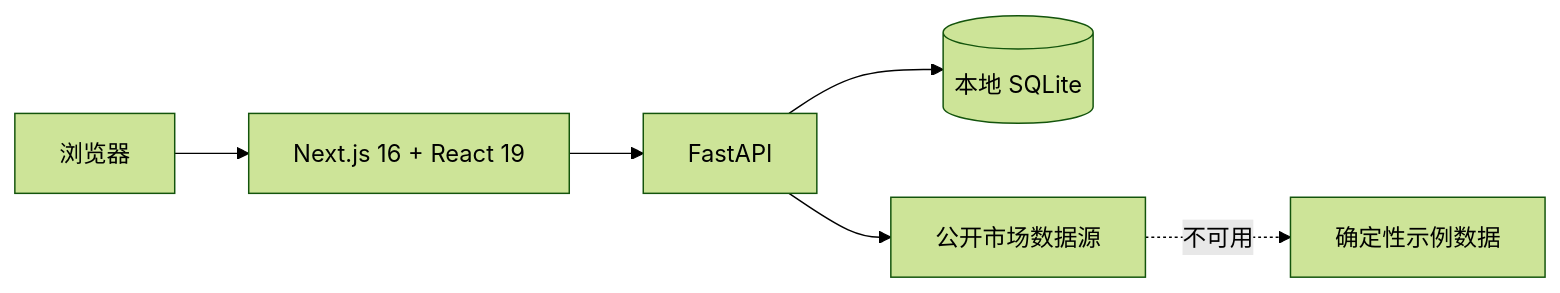
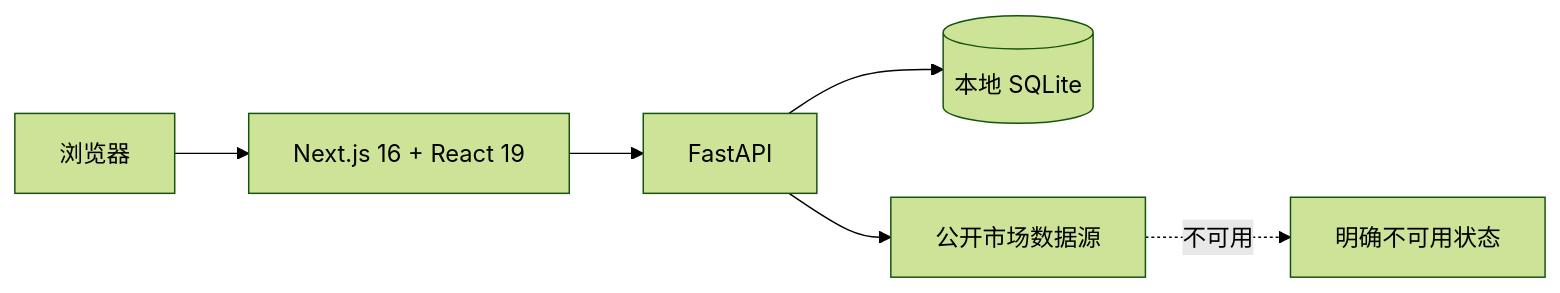
The second of 2 diagrams in README.md (maoqiu77/us-stock-dca-journal), drawn with Mermaid (forest theme) before and after one commit. The commit also changed other lines of this file and 127 other files, not shown here.

````diff
--- a/README.md
+++ b/README.md
@@ -164,8 +164,8 @@
 ```mermaid
 flowchart LR
     Browser[浏览器] --> Web[Next.js 16 + React 19]
     Web --> API[FastAPI]
     API --> DB[(本地 SQLite)]
     API --> Public[公开市场数据源]
-    Public -. 不可用 .-> Sample[确定性示例数据]
+    Public -. 不可用 .-> Unavailable[明确不可用状态]
 ```
````
